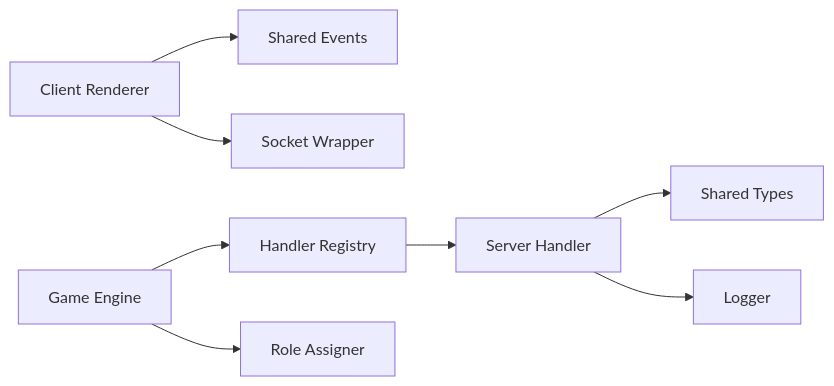
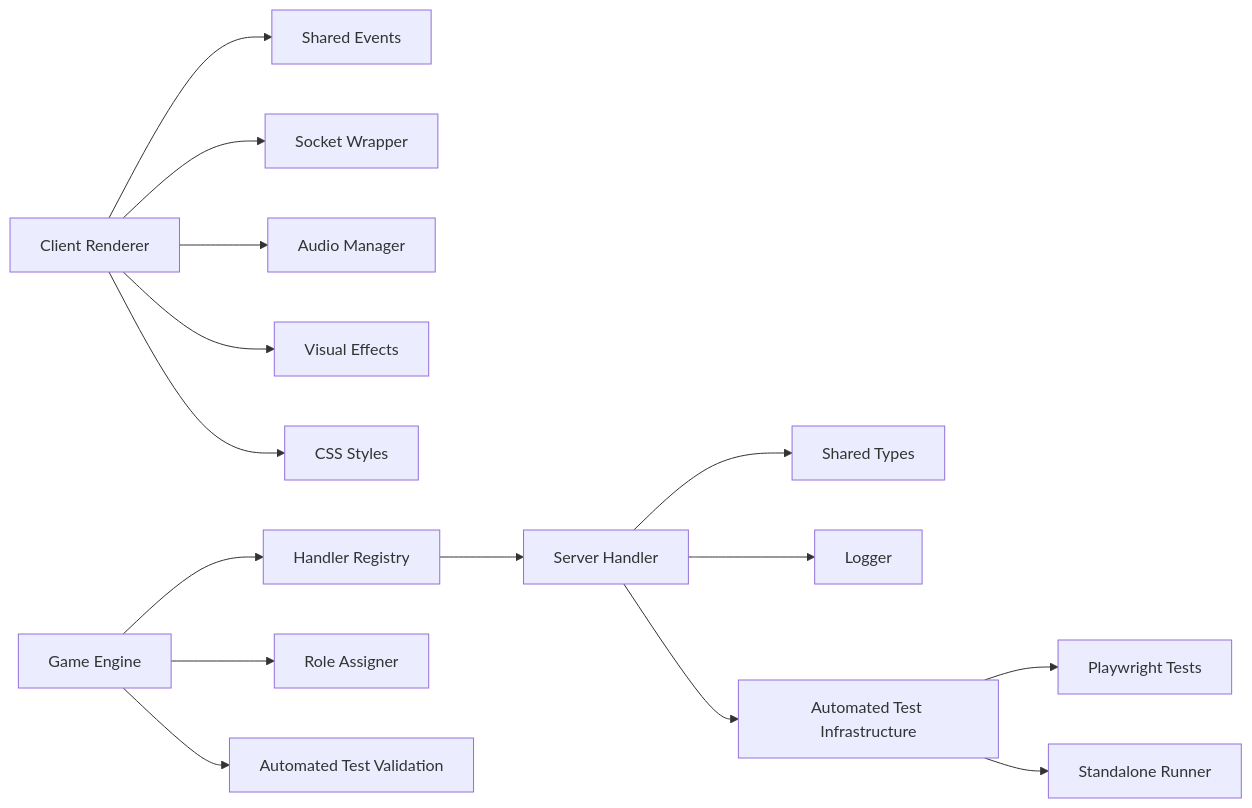
One commit to dkoukoul/escape-room-mvp changed the tenth of 10 diagrams in .qoder/repowiki/en/content/Puzzle System/Collaborative Assembly Puzzle.md. Above: the diagram before and after it, drawn with Mermaid. The commit also changed other lines of this file and 21 other files, not shown here.

````diff
--- a/.qoder/repowiki/en/content/Puzzle System/Collaborative Assembly Puzzle.md
+++ b/.qoder/repowiki/en/content/Puzzle System/Collaborative Assembly Puzzle.md
@@ -331,10 +513,17 @@
 ```mermaid
 graph LR
 ClientRenderer["Client Renderer"] --> SharedEvents["Shared Events"]
 ClientRenderer --> SocketWrapper["Socket Wrapper"]
+ClientRenderer --> AudioManager["Audio Manager"]
+ClientRenderer --> VisualFX["Visual Effects"]
+ClientRenderer --> CSSStyles["CSS Styles"]
 ServerHandler["Server Handler"] --> SharedTypes["Shared Types"]
 ServerHandler --> Logger["Logger"]
+ServerHandler --> TestInfrastructure["Automated Test Infrastructure"]
 GameEngine["Game Engine"] --> HandlerRegistry["Handler Registry"]
 GameEngine --> RoleAssigner["Role Assigner"]
+GameEngine --> TestValidation["Automated Test Validation"]
 HandlerRegistry --> ServerHandler
+TestInfrastructure --> PlaywrightTests["Playwright Tests"]
+TestInfrastructure --> StandaloneRunner["Standalone Runner"]
 ```
````
